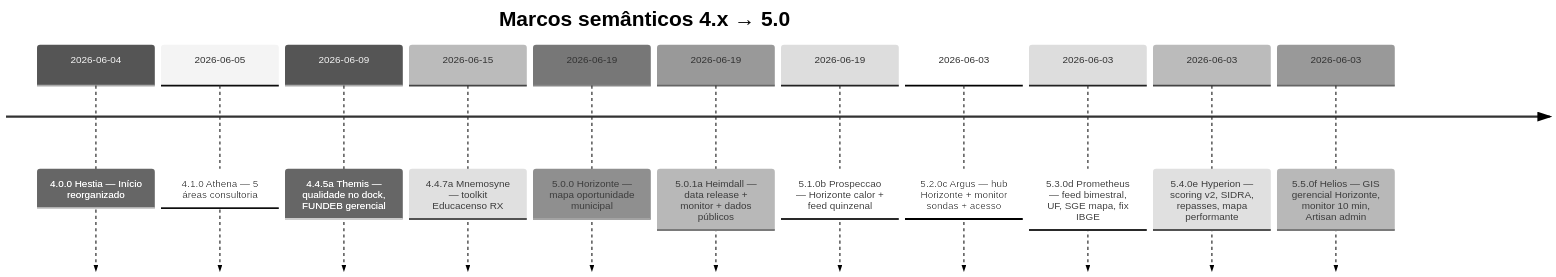
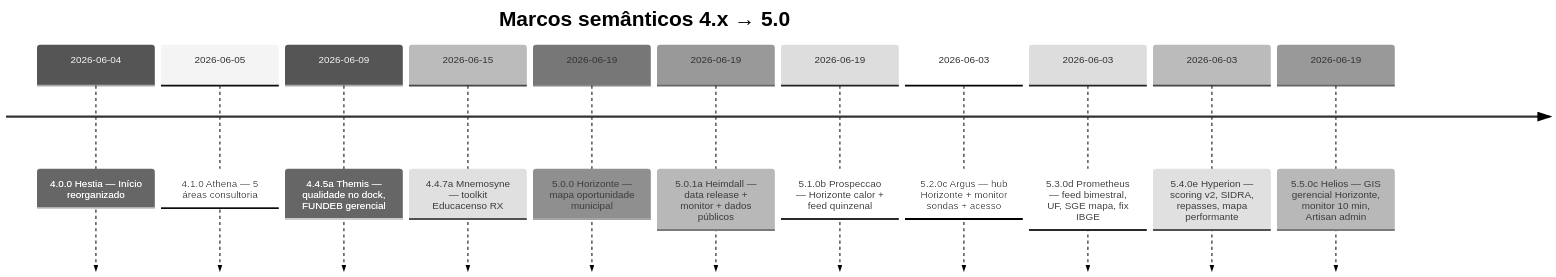
Before and after one commit to JaderGabriel/serventec-servlitcys: the diagram in docs/HISTORICO_VERSOES.md, drawn with Mermaid (neutral theme). The commit also changed other lines of this file and 5 other files, not shown here.

````diff
--- a/docs/HISTORICO_VERSOES.md
+++ b/docs/HISTORICO_VERSOES.md
@@ -20,15 +20,15 @@
 ```mermaid
 timeline
     title Marcos semânticos 4.x → 5.0
     2026-06-04 : 4.0.0 Hestia — Início reorganizado
     2026-06-05 : 4.1.0 Athena — 5 áreas consultoria
     2026-06-09 : 4.4.5a Themis — qualidade no dock, FUNDEB gerencial
     2026-06-15 : 4.4.7a Mnemosyne — toolkit Educacenso RX
     2026-06-19 : 5.0.0 Horizonte — mapa oportunidade municipal
     2026-06-19 : 5.0.1a Heimdall — data release + monitor + dados públicos
     2026-06-19 : 5.1.0b Prospeccao — Horizonte calor + feed quinzenal
     2026-06-03 : 5.2.0c Argus — hub Horizonte + monitor sondas + acesso
     2026-06-03 : 5.3.0d Prometheus — feed bimestral, UF, SGE mapa, fix IBGE
     2026-06-03 : 5.4.0e Hyperion — scoring v2, SIDRA, repasses, mapa performante
-    2026-06-03 : 5.5.0f Helios — GIS gerencial Horizonte, monitor 10 min, Artisan admin
+    2026-06-19 : 5.5.0c Helios — GIS gerencial Horizonte, monitor 10 min, Artisan admin
 ```
````
